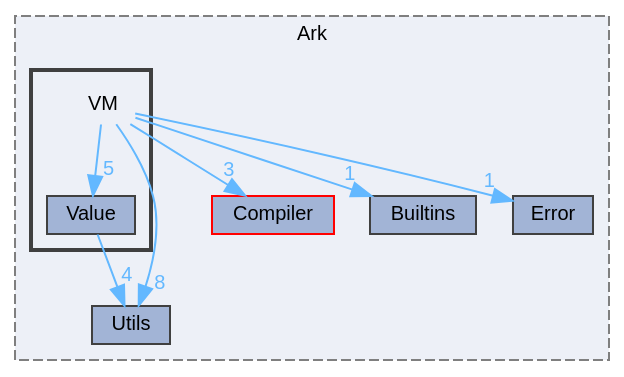
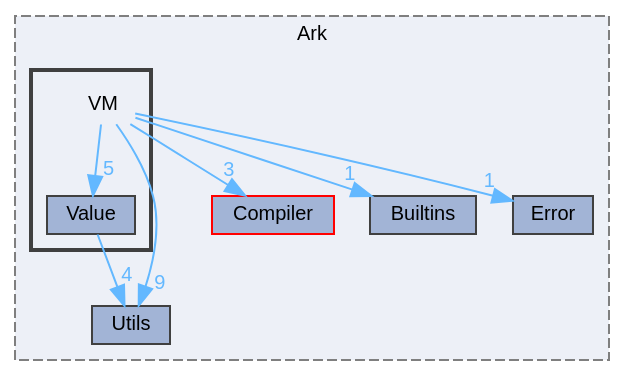
The diagram in static/impl/dir_222307dbf92126e8e24c7a501f533901_dep.dot (ArkScript-lang/website), drawn with Graphviz before and after one commit. The commit also changed 938 other files, not shown here.

```diff
--- a/static/impl/dir_222307dbf92126e8e24c7a501f533901_dep.dot
+++ b/static/impl/dir_222307dbf92126e8e24c7a501f533901_dep.dot
@@ -1,27 +1,27 @@
 digraph "/Users/fola/Documents/ArkScript/Ark/include/Ark/VM"
 {
  // INTERACTIVE_SVG=YES
  // LATEX_PDF_SIZE
   bgcolor="transparent";
   edge [fontname=Helvetica,fontsize=10,labelfontname=Helvetica,labelfontsize=10];
   node [fontname=Helvetica,fontsize=10,shape=box,height=0.2,width=0.4];
   compound=true
   subgraph clusterdir_a8b6c64285bf9ac60f50770eb2fc48b5 {
     graph [ bgcolor="#edf0f7", pencolor="grey50", label="Ark", fontname=Helvetica,fontsize=10 style="filled,dashed", URL="dir_a8b6c64285bf9ac60f50770eb2fc48b5.html",tooltip=""]
   dir_33906bab6f1f9d0f271eb499b90a96b5 [label="Utils", fillcolor="#a2b4d6", color="grey25", style="filled", URL="dir_33906bab6f1f9d0f271eb499b90a96b5.html",tooltip=""];
   dir_e4f19535f57335fb80a0267cec25bf70 [label="Compiler", fillcolor="#a2b4d6", color="red", style="filled", URL="dir_e4f19535f57335fb80a0267cec25bf70.html",tooltip=""];
   dir_e4e3cacaa047e3554112dad79d53bc60 [label="Builtins", fillcolor="#a2b4d6", color="grey25", style="filled", URL="dir_e4e3cacaa047e3554112dad79d53bc60.html",tooltip=""];
   dir_d05504aa0714508559a2ff50247d1ab2 [label="Error", fillcolor="#a2b4d6", color="grey25", style="filled", URL="dir_d05504aa0714508559a2ff50247d1ab2.html",tooltip=""];
   subgraph clusterdir_222307dbf92126e8e24c7a501f533901 {
     graph [ bgcolor="#edf0f7", pencolor="grey25", label="", fontname=Helvetica,fontsize=10 style="filled,bold", URL="dir_222307dbf92126e8e24c7a501f533901.html",tooltip=""]
     dir_222307dbf92126e8e24c7a501f533901 [shape=plaintext, label="VM"];
   dir_8b24a7a1990a673376c80714d0238024 [label="Value", fillcolor="#a2b4d6", color="grey25", style="filled", URL="dir_8b24a7a1990a673376c80714d0238024.html",tooltip=""];
   }
   }
-  dir_222307dbf92126e8e24c7a501f533901->dir_33906bab6f1f9d0f271eb499b90a96b5 [headlabel="8", labeldistance=1.5 headhref="dir_000034_000030.html" href="dir_000034_000030.html" color="steelblue1" fontcolor="steelblue1"];
+  dir_222307dbf92126e8e24c7a501f533901->dir_33906bab6f1f9d0f271eb499b90a96b5 [headlabel="9", labeldistance=1.5 headhref="dir_000034_000030.html" href="dir_000034_000030.html" color="steelblue1" fontcolor="steelblue1"];
   dir_222307dbf92126e8e24c7a501f533901->dir_8b24a7a1990a673376c80714d0238024 [headlabel="5", labeldistance=1.5 headhref="dir_000034_000032.html" href="dir_000034_000032.html" color="steelblue1" fontcolor="steelblue1"];
   dir_222307dbf92126e8e24c7a501f533901->dir_d05504aa0714508559a2ff50247d1ab2 [headlabel="1", labeldistance=1.5 headhref="dir_000034_000010.html" href="dir_000034_000010.html" color="steelblue1" fontcolor="steelblue1"];
   dir_222307dbf92126e8e24c7a501f533901->dir_e4e3cacaa047e3554112dad79d53bc60 [headlabel="1", labeldistance=1.5 headhref="dir_000034_000006.html" href="dir_000034_000006.html" color="steelblue1" fontcolor="steelblue1"];
   dir_222307dbf92126e8e24c7a501f533901->dir_e4f19535f57335fb80a0267cec25bf70 [headlabel="3", labeldistance=1.5 headhref="dir_000034_000008.html" href="dir_000034_000008.html" color="steelblue1" fontcolor="steelblue1"];
   dir_8b24a7a1990a673376c80714d0238024->dir_33906bab6f1f9d0f271eb499b90a96b5 [headlabel="4", labeldistance=1.5 headhref="dir_000032_000030.html" href="dir_000032_000030.html" color="steelblue1" fontcolor="steelblue1"];
 }
```
